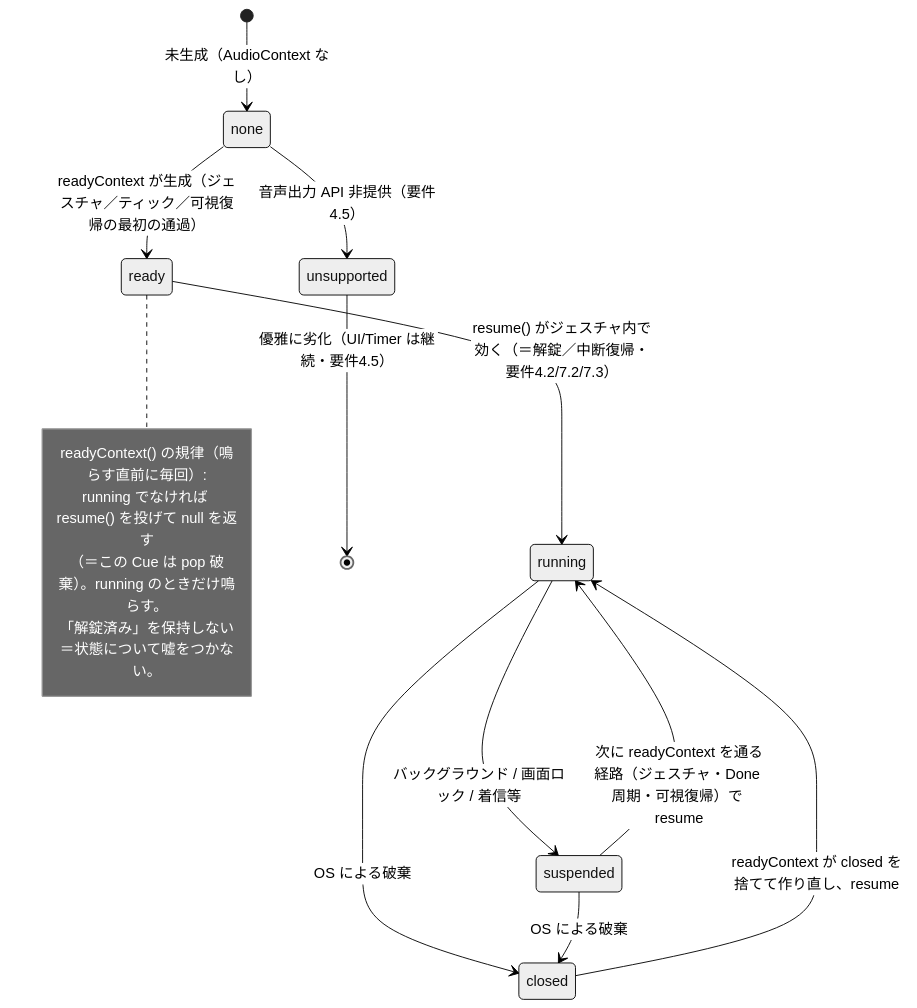
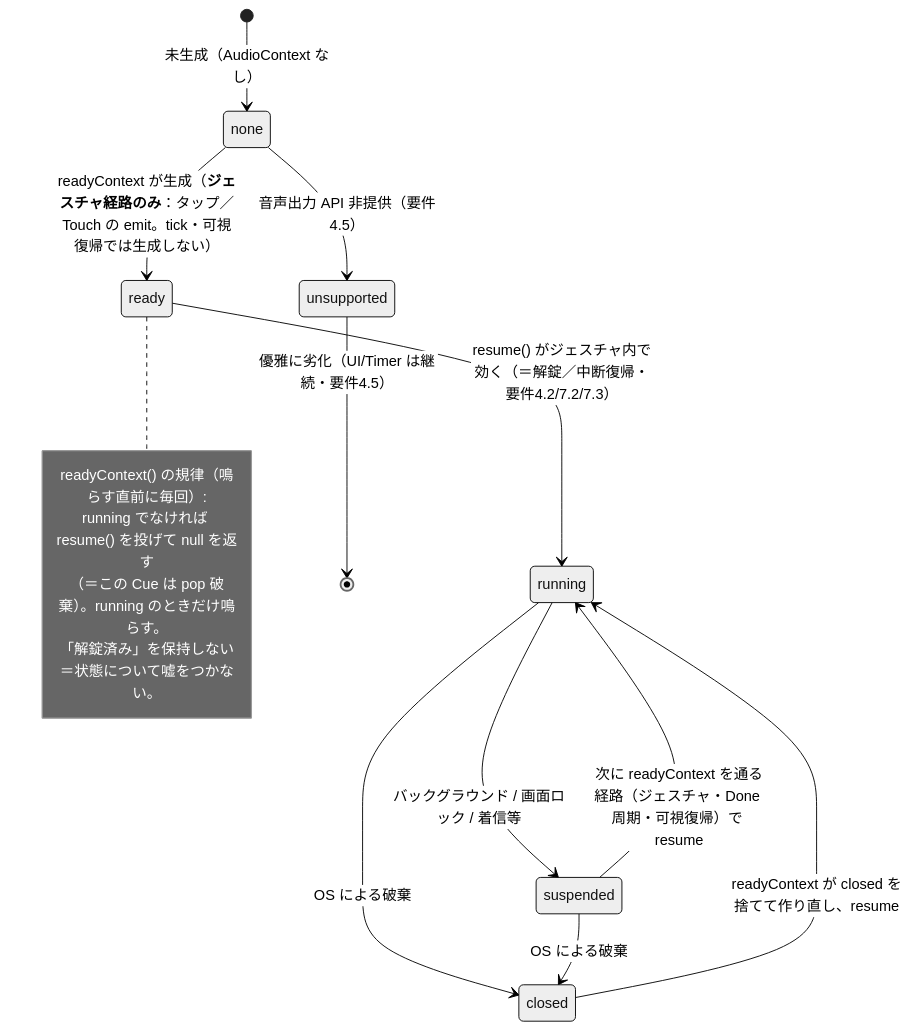
Before and after one commit to mikomokaru/durable-yudemen: the third of 4 diagrams in .kiro/specs/audio-cues/design.md, drawn with Mermaid (neutral theme). The commit also changed other lines of this file and 1 other file, not shown here.

Commit message:
fix(client): AudioContext の生成をユーザージェスチャ経路に限定（iOS 解錠の根因）
診断プローブ（ジェスチャ内で生成）が鳴ったことで、端末ではなく useAudioCues 側の
回帰と確定。readyContext が tick（setInterval・非ジェスチャ）で先に AudioContext を
生成しており、iOS は非ジェスチャ生成の context を resume で running へ上げられず
suspended のまま固着していた。readyContext(allowCreate) を導入し、生成はジェスチャ
経路（タップ・Touch の emit）のみ・tick/可視復帰は既存 ctx の resume のみとした。
design.md の状態機械も create-in-gesture 制約を明記。

````diff
--- a/.kiro/specs/audio-cues/design.md
+++ b/.kiro/specs/audio-cues/design.md
@@ -134,23 +134,23 @@
 ```mermaid
 stateDiagram-v2
   [*] --> none: 未生成（AudioContext なし）
-  none --> ready: readyContext が生成（ジェスチャ／ティック／可視復帰の最初の通過）
+  none --> ready: readyContext が生成（**ジェスチャ経路のみ**：タップ／Touch の emit。tick・可視復帰では生成しない）
   none --> unsupported: 音声出力 API 非提供（要件4.5）
 
   ready --> running: resume() がジェスチャ内で効く（＝解錠／中断復帰・要件4.2/7.2/7.3）
   running --> suspended: バックグラウンド / 画面ロック / 着信等
   suspended --> running: 次に readyContext を通る経路（ジェスチャ・Done 周期・可視復帰）で resume
 
   running --> closed: OS による破棄
   suspended --> closed: OS による破棄
   closed --> running: readyContext が closed を捨てて作り直し、resume
 
   unsupported --> [*]: 優雅に劣化（UI/Timer は継続・要件4.5）
 
   note right of ready
     readyContext() の規律（鳴らす直前に毎回）:
     running でなければ resume() を投げて null を返す
     （＝この Cue は pop 破棄）。running のときだけ鳴らす。
     「解錠済み」を保持しない＝状態について嘘をつかない。
   end note
 ```
````
